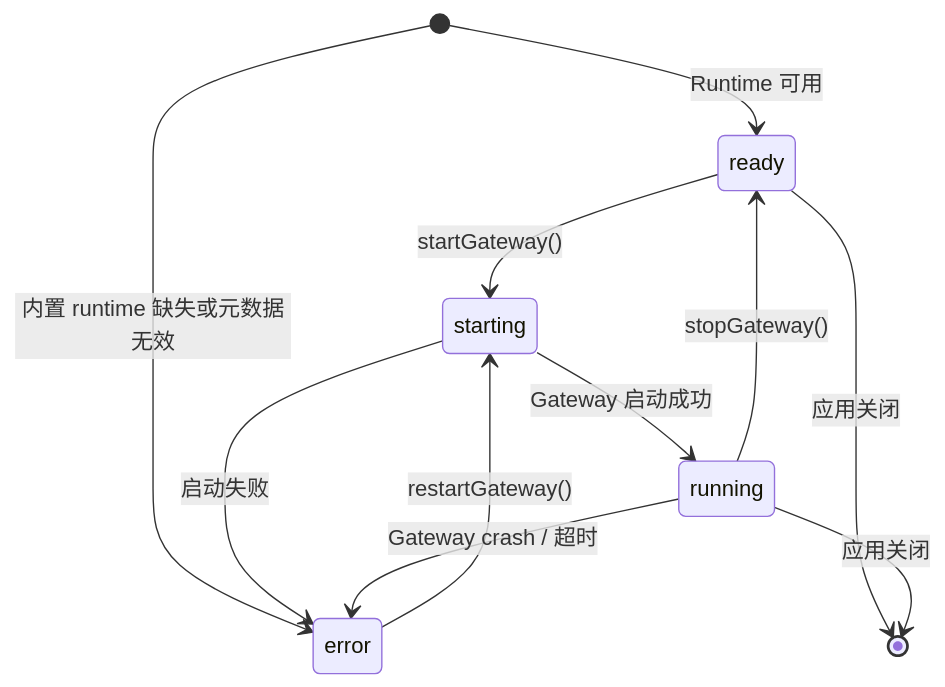
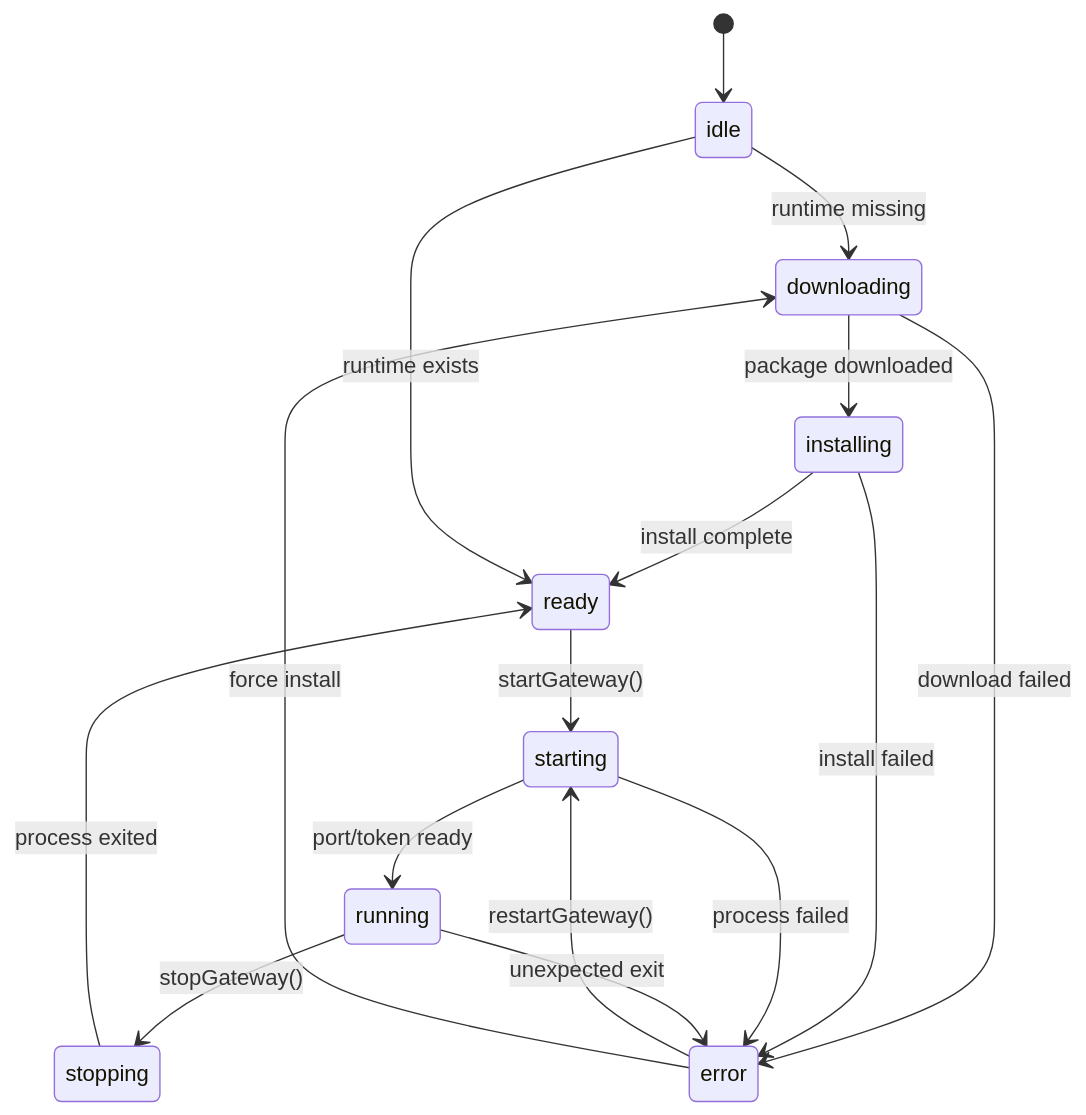
The first of 3 diagrams in docs/architecture/05-agent-engine.md (liangxhao/JustDo), drawn with Mermaid before and after one commit. The commit also changed other lines of this file and 21 other files, not shown here.

````diff
--- a/docs/architecture/05-agent-engine.md
+++ b/docs/architecture/05-agent-engine.md
@@ -104,13 +21,18 @@
 ```mermaid
 stateDiagram-v2
-  [*] --> ready: Runtime 可用
-  [*] --> error: 内置 runtime 缺失或元数据无效
+  [*] --> idle
+  idle --> downloading: runtime missing
+  downloading --> installing: package downloaded
+  installing --> ready: install complete
+  idle --> ready: runtime exists
   ready --> starting: startGateway()
-  starting --> running: Gateway 启动成功
-  starting --> error: 启动失败
-  running --> error: Gateway crash / 超时
-  running --> ready: stopGateway()
+  starting --> running: port/token ready
+  running --> stopping: stopGateway()
+  stopping --> ready: process exited
+  downloading --> error: download failed
+  installing --> error: install failed
+  starting --> error: process failed
+  running --> error: unexpected exit
   error --> starting: restartGateway()
-  ready --> [*]: 应用关闭
-  running --> [*]: 应用关闭
+  error --> downloading: force install
 ```
````
